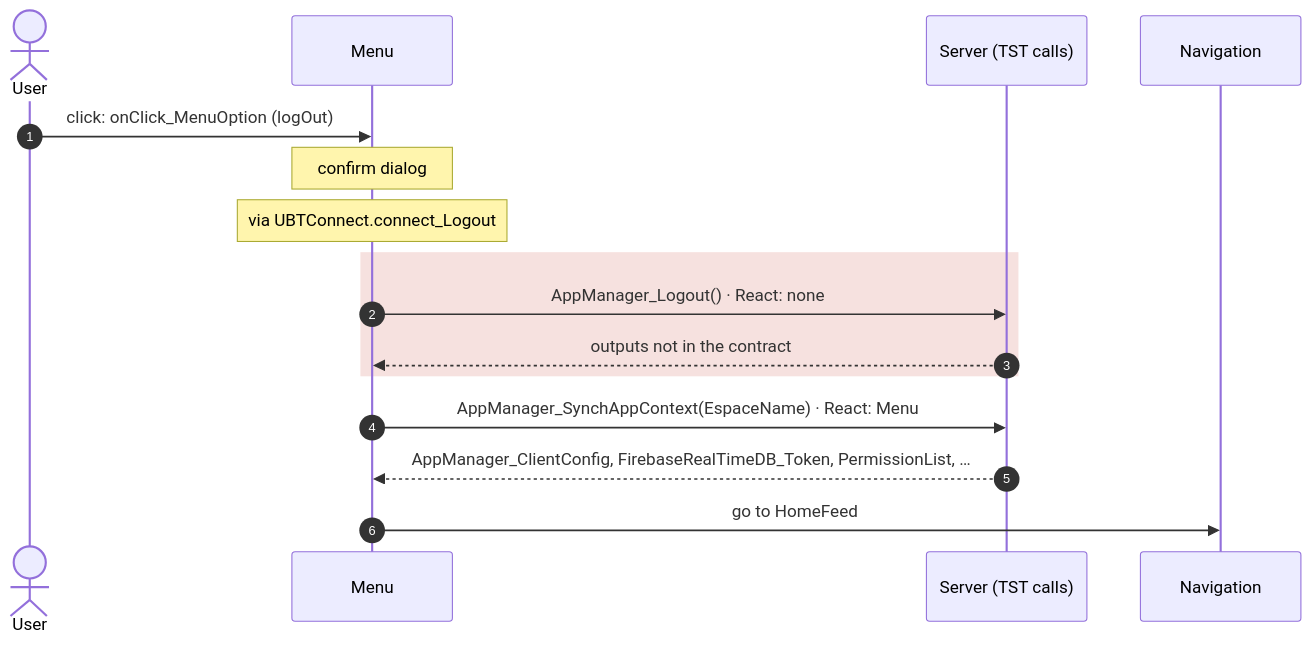
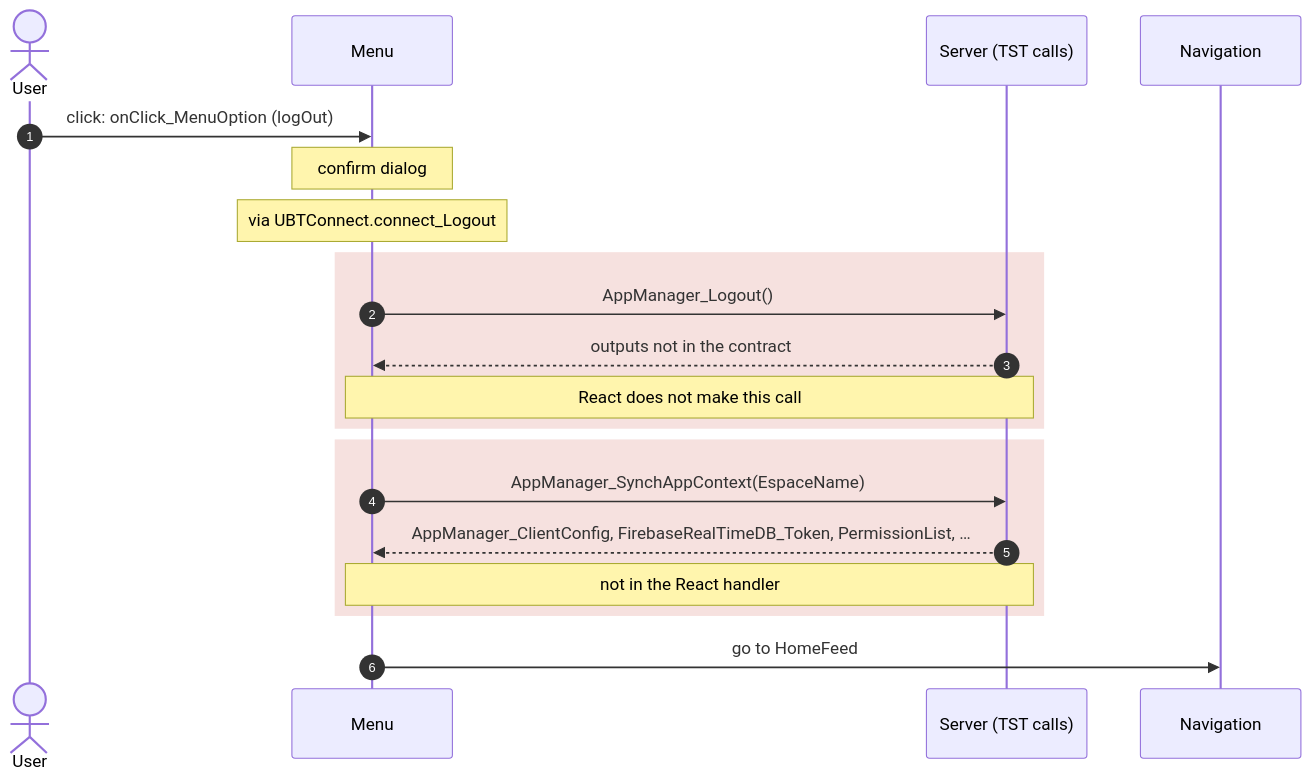
The fourth of 17 diagrams in migration/route-actions/Menu.md (Phoenix-DX/connect-new-ui), drawn with Mermaid before and after one commit. The commit also changed other lines of this file and 90 other files, not shown here.

Commit message:
route actions: React sequence diagram per user action next to OutSystems, differences in red; React handlers read branch by branch and matched by comment, name and block; white SVG background; all SVGs of a file in one browser (HomeFeed 67 s to 14 s)

````diff
--- a/migration/route-actions/Menu.md
+++ b/migration/route-actions/Menu.md
@@ -148,18 +174,22 @@
 ```mermaid
 sequenceDiagram
   autonumber
   actor U as User
   participant B as Menu
   participant S as Server (TST calls)
   participant N as Navigation
   U->>B: click: onClick_MenuOption (logOut)
   Note over B: confirm dialog
   Note over B: via UBTConnect.connect_Logout
   rect rgba(192, 57, 43, 0.15)
-  B->>S: AppManager_Logout() · React: none
+  B->>S: AppManager_Logout()
   S-->>B: outputs not in the contract
+  Note over B,S: React does not make this call
   end
-  B->>S: AppManager_SynchAppContext(EspaceName) · React: Menu
+  rect rgba(192, 57, 43, 0.15)
+  B->>S: AppManager_SynchAppContext(EspaceName)
   S-->>B: AppManager_ClientConfig, FirebaseRealTimeDB_Token, PermissionList, …
+  Note over B,S: not in the React handler
+  end
   B->>N: go to HomeFeed
 ```
````
